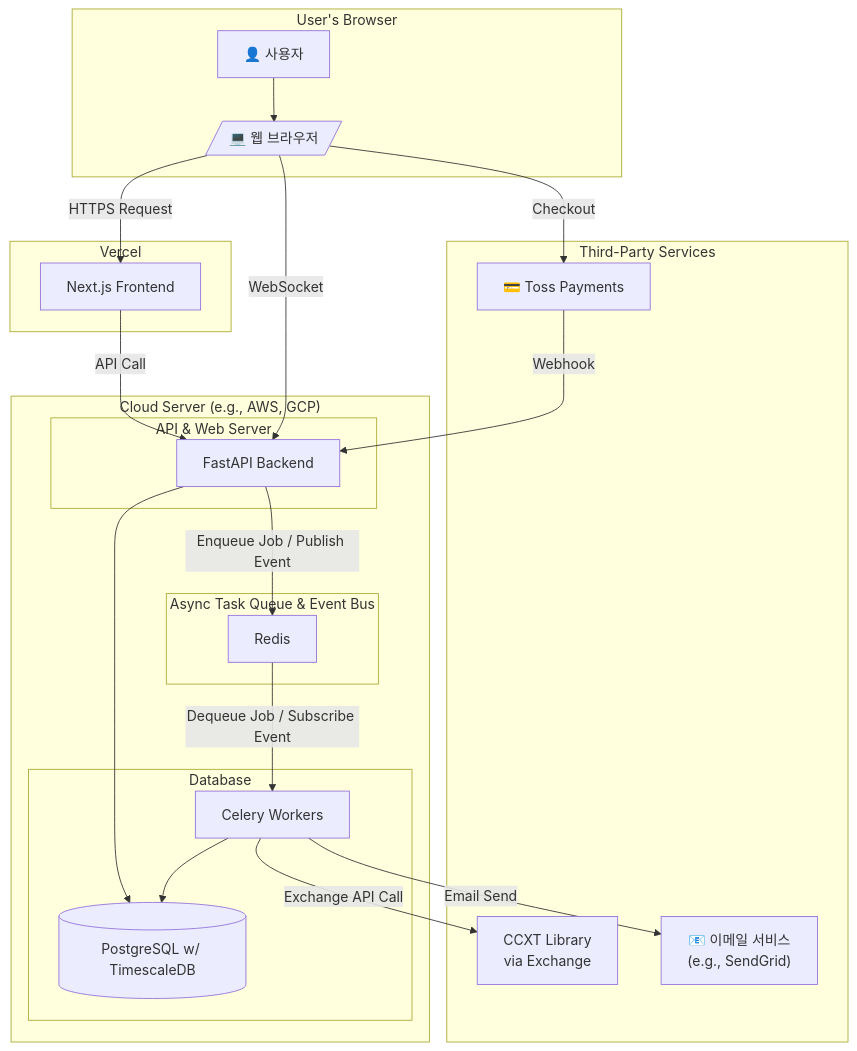
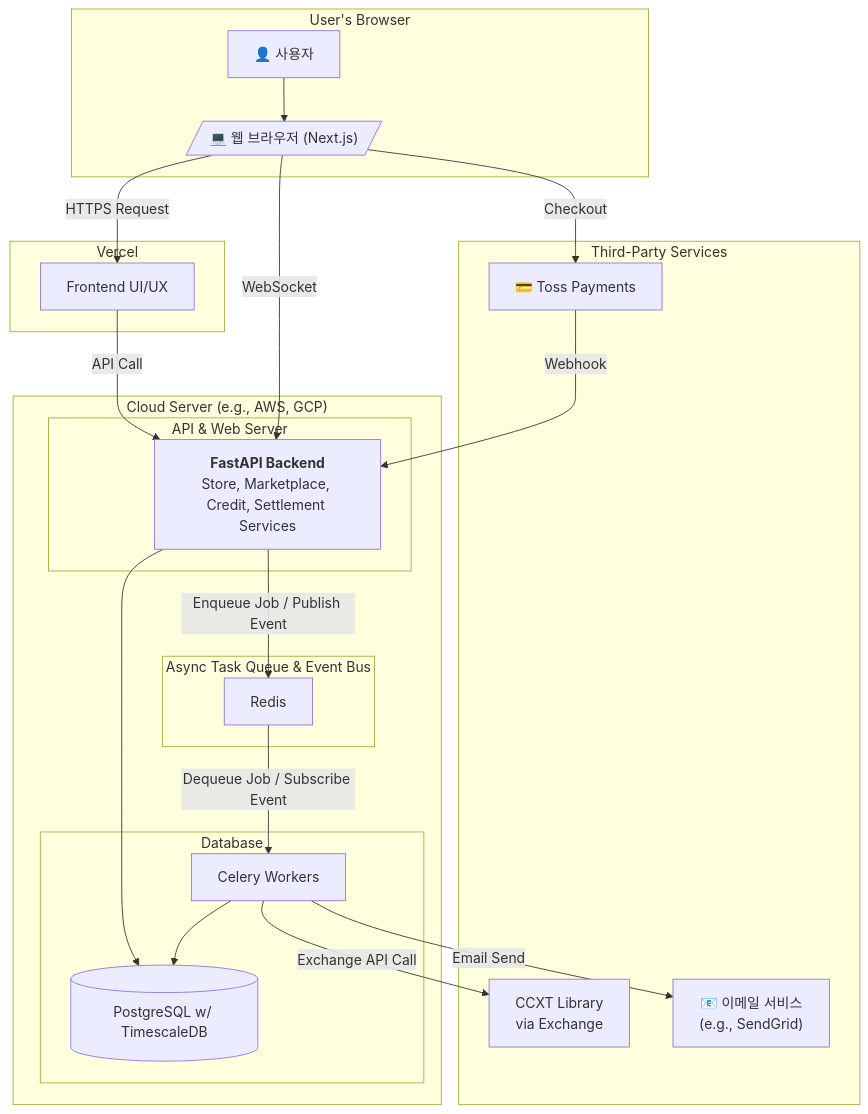
One commit to sleepyMS/Cortex changed the diagram in docs/03_Architecture.md. Above: the diagram before and after it, drawn with Mermaid. The commit also changed other lines of this file and 10 other files, not shown here.

````diff
--- a/docs/03_Architecture.md
+++ b/docs/03_Architecture.md
@@ -9,35 +9,34 @@
 ```mermaid
 graph TD
-subgraph "User's Browser"
-User["👤 사용자"] --> Browser[/"💻 웹 브라우저"/]
-end
+    subgraph "User's Browser"
+        User["👤 사용자"] --> Browser[/"💻 웹 브라우저 (Next.js)"/]
+    end
 
     subgraph "Vercel"
-        Browser -- HTTPS Request --> FE[Next.js Frontend]
+        Browser -- HTTPS Request --> FE[Frontend UI/UX]
     end
 
     subgraph "Cloud Server (e.g., AWS, GCP)"
         subgraph "API & Web Server"
-            FE -- API Call --> BE[FastAPI Backend]
+            FE -- API Call --> BE[<b>FastAPI Backend</b><br>Store, Marketplace, Credit, Settlement Services]
             Browser -- WebSocket --> BE
         end
 
         subgraph "Database"
             BE --> DB[(PostgreSQL w/ TimescaleDB)]
             Celery[Celery Workers] --> DB
         end
 
         subgraph "Async Task Queue & Event Bus"
             BE -- Enqueue Job / Publish Event --> Redis[Redis]
             Redis -- Dequeue Job / Subscribe Event --> Celery
         end
     end
 
     subgraph "Third-Party Services"
         Browser -- Checkout --> PaymentGW["💳 Toss Payments"]
         PaymentGW -- Webhook --> BE
         Celery -- Exchange API Call --> CCXT["CCXT Library<br>via Exchange"]
         Celery -- Email Send --> EmailSvc["📧 이메일 서비스<br>(e.g., SendGrid)"]
     end
-
 ```
````
